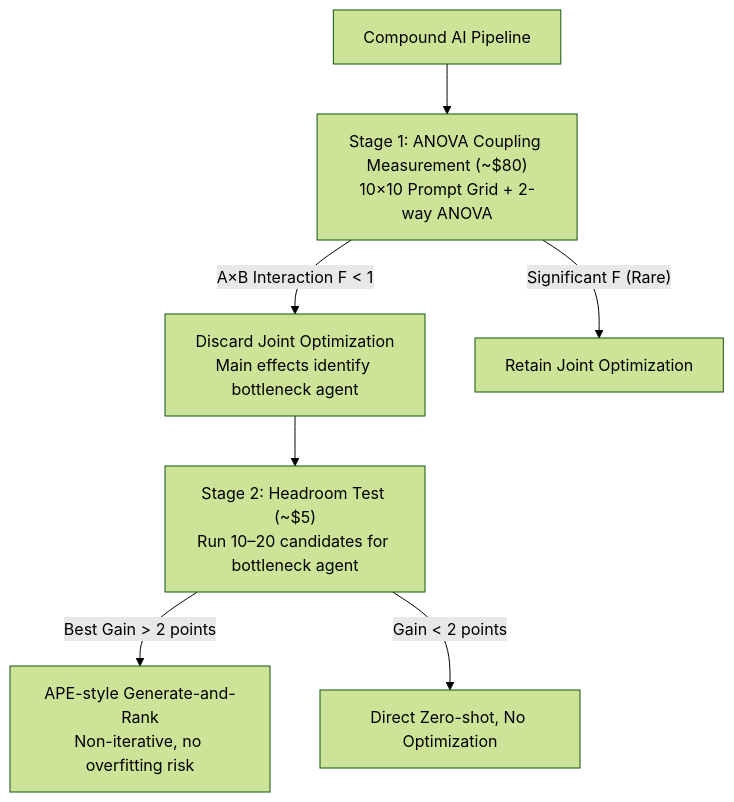
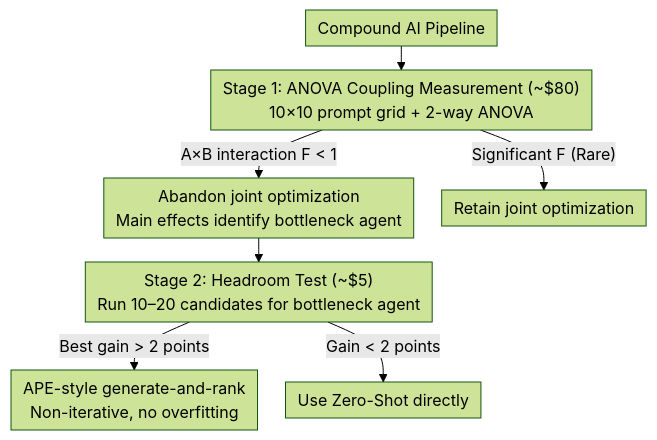
Before and after one commit to zhaoyang97/Paper-Notes-en: the diagram in docs/ICML2026/interpretability/prompt_optimization_is_a_coin_flip_diagnosing_when_it_helps_in_compound_ai_syste.md, drawn with Mermaid (forest theme). The commit also changed other lines of this file and 5084 other files, not shown here.

````diff
--- a/docs/ICML2026/interpretability/prompt_optimization_is_a_coin_flip_diagnosing_when_it_helps_in_compound_ai_syste.md
+++ b/docs/ICML2026/interpretability/prompt_optimization_is_a_coin_flip_diagnosing_when_it_helps_in_compound_ai_syste.md
@@ -48,9 +48,10 @@
 ```mermaid
-graph TD
-    A["Compound AI Pipeline"] --> B["Stage 1: ANOVA Coupling Measurement (~$80)<br/>10×10 Prompt Grid + 2-way ANOVA"]
-    B -->|"A×B Interaction F < 1"| C["Discard Joint Optimization<br/>Main effects identify bottleneck agent"]
-    B -->|"Significant F (Rare)"| G["Retain Joint Optimization"]
+%%{init: {'flowchart': {'rankSpacing': 24, 'nodeSpacing': 28, 'padding': 6, 'wrappingWidth': 400}}}%%
+flowchart TD
+    A["Compound AI Pipeline"] --> B["Stage 1: ANOVA Coupling Measurement (~$80)<br/>10×10 prompt grid + 2-way ANOVA"]
+    B -->|"A×B interaction F < 1"| C["Abandon joint optimization<br/>Main effects identify bottleneck agent"]
+    B -->|"Significant F (Rare)"| G["Retain joint optimization"]
     C --> D["Stage 2: Headroom Test (~$5)<br/>Run 10–20 candidates for bottleneck agent"]
-    D -->|"Best Gain > 2 points"| E["APE-style Generate-and-Rank<br/>Non-iterative, no overfitting risk"]
-    D -->|"Gain < 2 points"| F["Direct Zero-shot, No Optimization"]
+    D -->|"Best gain > 2 points"| E["APE-style generate-and-rank<br/>Non-iterative, no overfitting"]
+    D -->|"Gain < 2 points"| F["Use Zero-Shot directly"]
 ```
````
